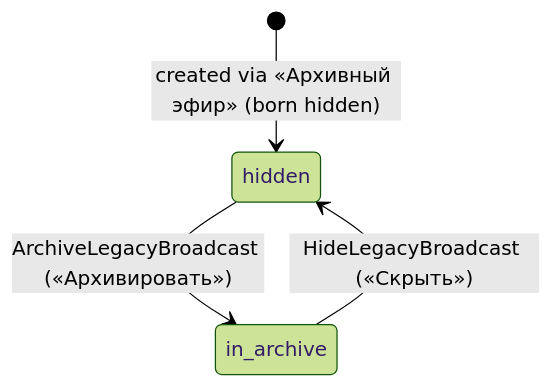
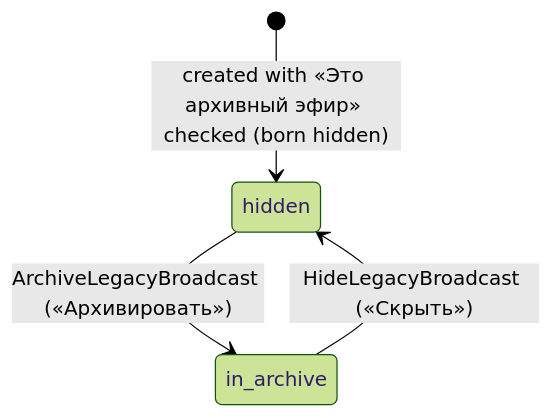
One commit to doctor-school/ds-platform changed the fifth of 12 diagrams in apps/docs/content/specs/features/014-event-recordings/014-design.md. Above: the diagram before and after it, drawn with Mermaid (forest theme). The commit also changed other lines of this file and 32 other files, not shown here.

First line of the commit message:
feat(1741): 014 EARS-24 slice 3 — «Это архивный эфир» on the admin create-event form (#1849)

````diff
--- a/apps/docs/content/specs/features/014-event-recordings/014-design.md
+++ b/apps/docs/content/specs/features/014-event-recordings/014-design.md
@@ -153,6 +153,6 @@
 ```mermaid
 stateDiagram-v2
-  [*] --> hidden : created via «Архивный эфир» (born hidden)
+  [*] --> hidden : created with «Это архивный эфир» checked (born hidden)
   hidden --> in_archive : ArchiveLegacyBroadcast («Архивировать»)
   in_archive --> hidden : HideLegacyBroadcast («Скрыть»)
 ```
````
